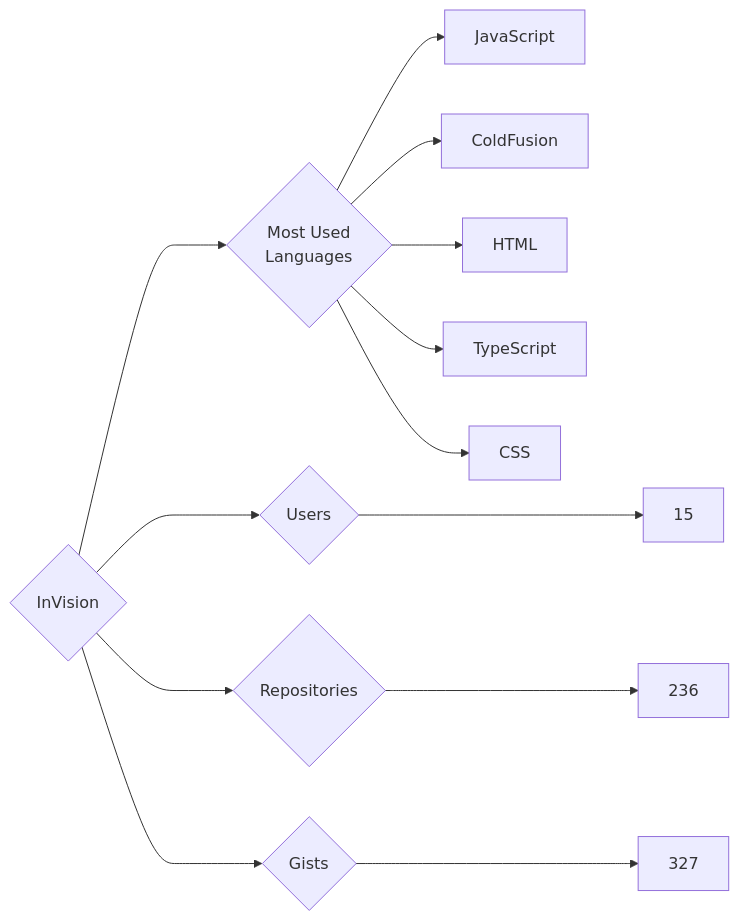
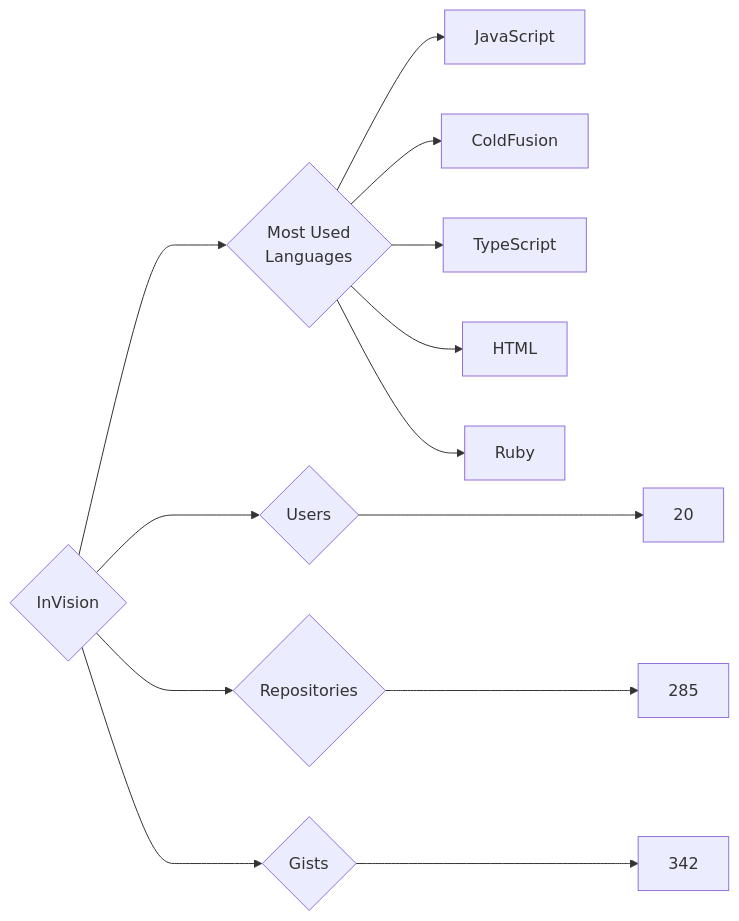
Before and after one commit to trickest/insiders: the diagram in targets/InVision/README.md, drawn with Mermaid. The commit also changed 775 other files, not shown here.

````diff
--- a/targets/InVision/README.md
+++ b/targets/InVision/README.md
@@ -3,13 +3,13 @@
 ```mermaid
 graph LR
 COMPANY_NAME{InVision}
-COMPANY_NAME ---> U{Users} ---> UN[15]
-COMPANY_NAME ---> R{Repositories} ---> RN[236]
-COMPANY_NAME ---> G{Gists} ---> GN[327]
+COMPANY_NAME ---> U{Users} ---> UN[20]
+COMPANY_NAME ---> R{Repositories} ---> RN[285]
+COMPANY_NAME ---> G{Gists} ---> GN[342]
 COMPANY_NAME ---> ML{Most Used<br>Languages}
 ML --> JavaScript[JavaScript]
 ML --> ColdFusion[ColdFusion]
+ML --> TypeScript[TypeScript]
 ML --> HTML[HTML]
-ML --> TypeScript[TypeScript]
-ML --> CSS[CSS]
+ML --> Ruby[Ruby]
 ```
````
